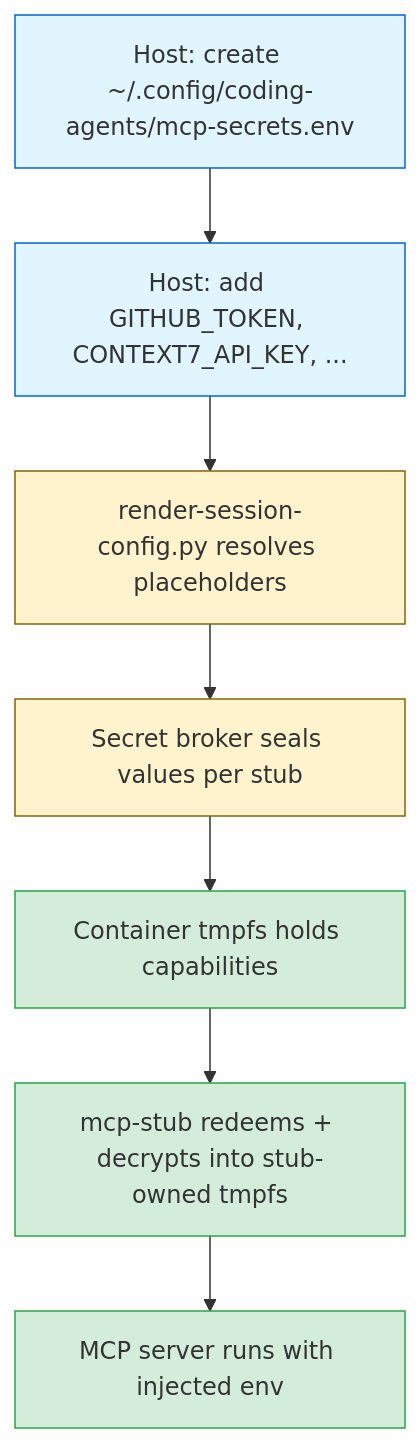
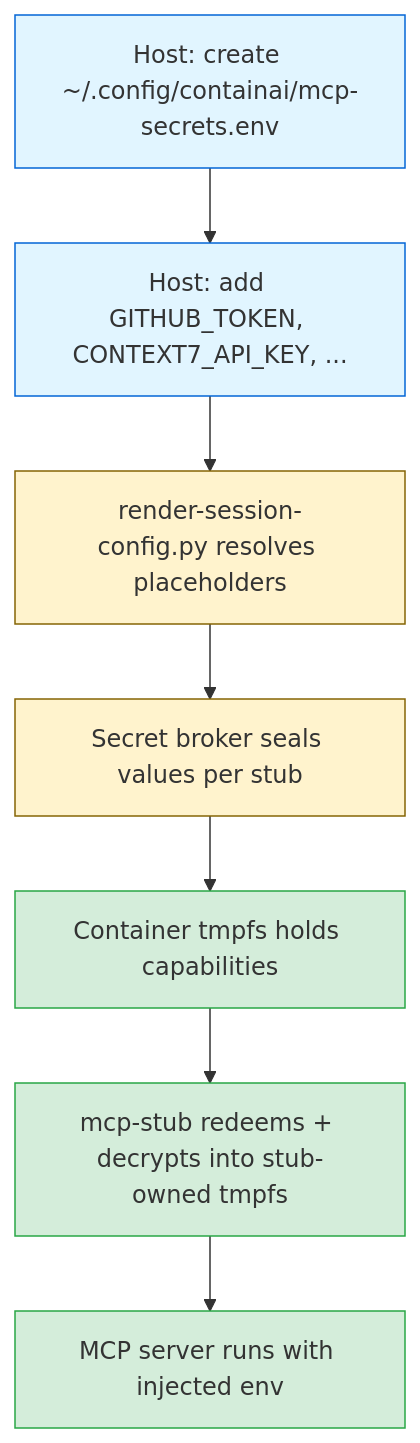
Before and after one commit to novotnyllc/ContainAI: the seventh of 14 diagrams in docs/architecture.md, drawn with Mermaid. The commit also changed other lines of this file and 109 other files, not shown here.

````diff
--- a/docs/architecture.md
+++ b/docs/architecture.md
@@ -291,20 +291,20 @@
 ```mermaid
 flowchart TB
-    create["Host: create ~/.config/coding-agents/mcp-secrets.env"]
+    create["Host: create ~/.config/containai/mcp-secrets.env"]
     populate["Host: add GITHUB_TOKEN, CONTEXT7_API_KEY, ..."]
     renderer["render-session-config.py resolves placeholders"]
     brokerStore["Secret broker seals values per stub"]
     tmpfsNode["Container tmpfs holds capabilities"]
     stub["mcp-stub redeems + decrypts into stub-owned tmpfs"]
     envReady["MCP server runs with injected env"]
 
     create --> populate --> renderer --> brokerStore --> tmpfsNode --> stub --> envReady
 
     style create fill:#e1f5ff,stroke:#0366d6
     style populate fill:#e1f5ff,stroke:#0366d6
     style renderer fill:#fff3cd,stroke:#856404
     style brokerStore fill:#fff3cd,stroke:#856404
     style tmpfsNode fill:#d4edda,stroke:#28a745
     style stub fill:#d4edda,stroke:#28a745
     style envReady fill:#d4edda,stroke:#28a745
 ```
````
